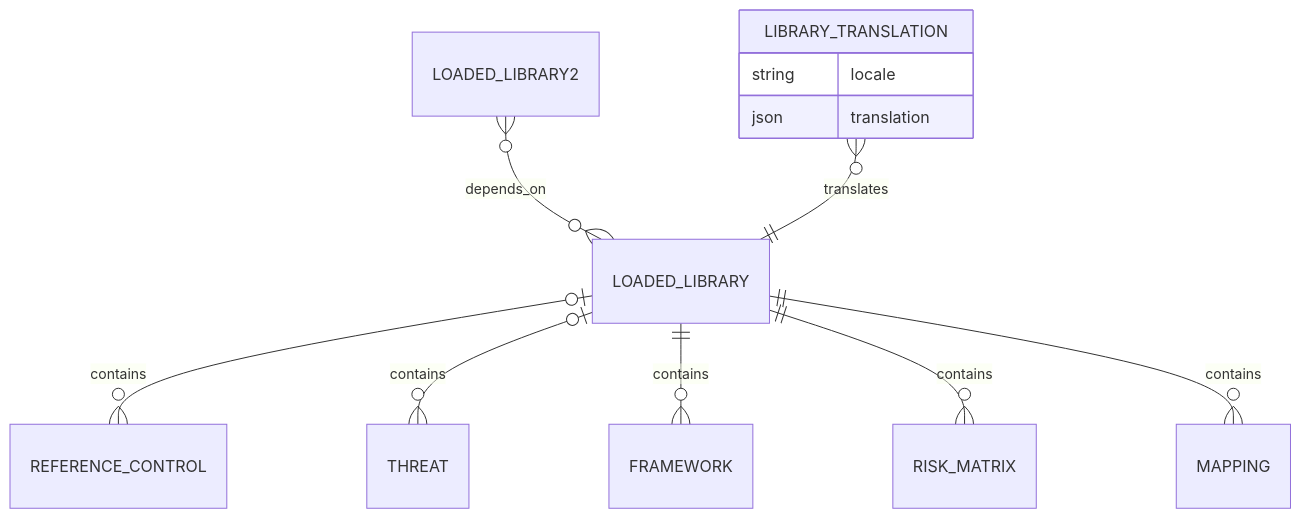
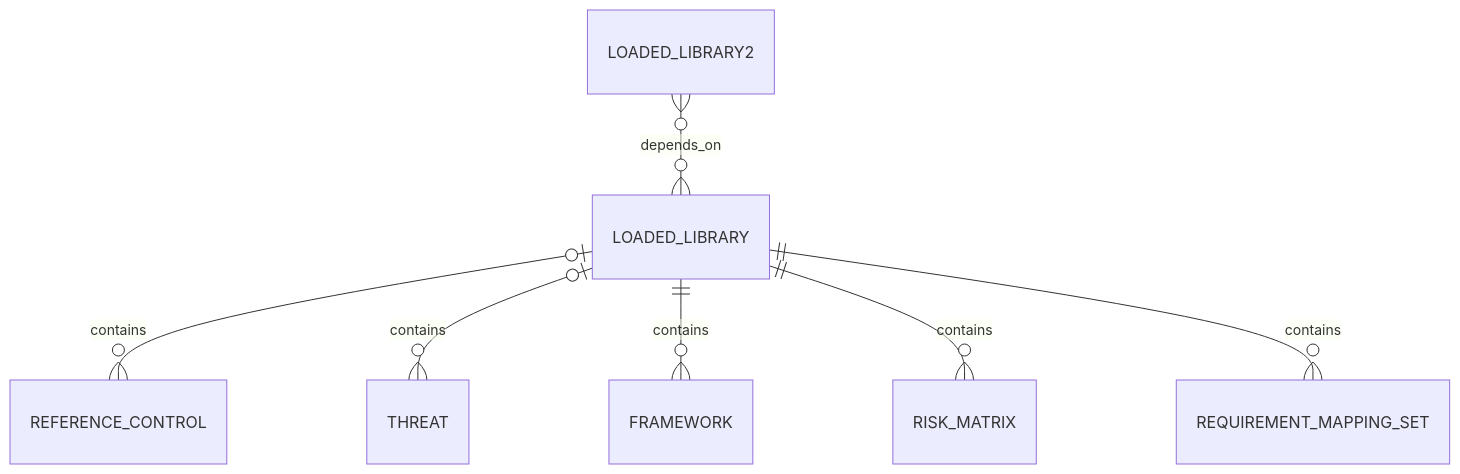
The third of 13 diagrams in documentation/architecture/data-model.md (intuitem/ciso-assistant-community), drawn with Mermaid before and after one commit. The commit also changed other lines of this file and 1384 other files, not shown here.

````diff
--- a/documentation/architecture/data-model.md
+++ b/documentation/architecture/data-model.md
@@ -60,16 +88,11 @@
 ```mermaid
 erDiagram
 
-    LOADED_LIBRARY  |o--o{ REFERENCE_CONTROL: contains
-    LOADED_LIBRARY  |o--o{ THREAT           : contains
-    LOADED_LIBRARY  ||--o{ FRAMEWORK        : contains
-    LOADED_LIBRARY  ||--o{ RISK_MATRIX      : contains
-    LOADED_LIBRARY  ||--o{ MAPPING          : contains
-    LOADED_LIBRARY2 }o--o{ LOADED_LIBRARY   : depends_on
-    LIBRARY_TRANSLATION }o--|| LOADED_LIBRARY: translates
+    LOADED_LIBRARY      |o--o{ REFERENCE_CONTROL        : contains
+    LOADED_LIBRARY      |o--o{ THREAT                   : contains
+    LOADED_LIBRARY      ||--o{ FRAMEWORK                : contains
+    LOADED_LIBRARY      ||--o{ RISK_MATRIX              : contains
+    LOADED_LIBRARY      ||--o{ REQUIREMENT_MAPPING_SET : contains
+    LOADED_LIBRARY2     }o--o{ LOADED_LIBRARY           : depends_on
 
-    LIBRARY_TRANSLATION {
-        string locale
-        json translation
-    }
 ```
````
